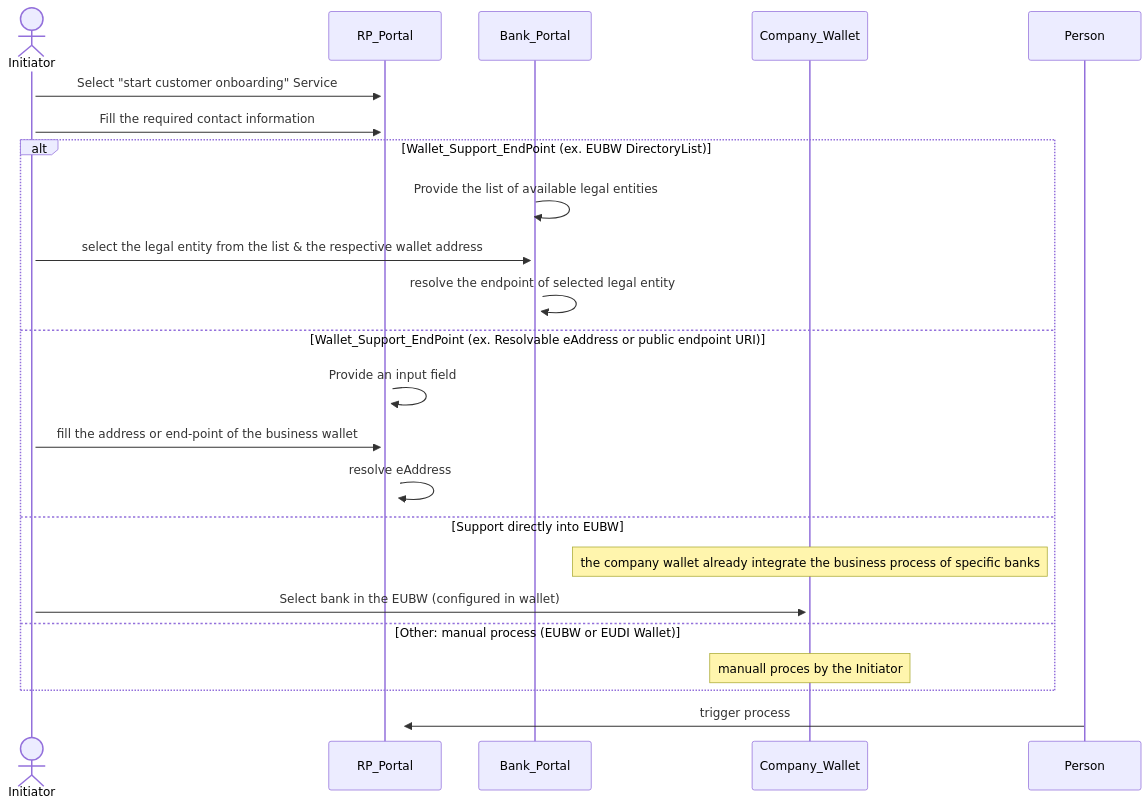
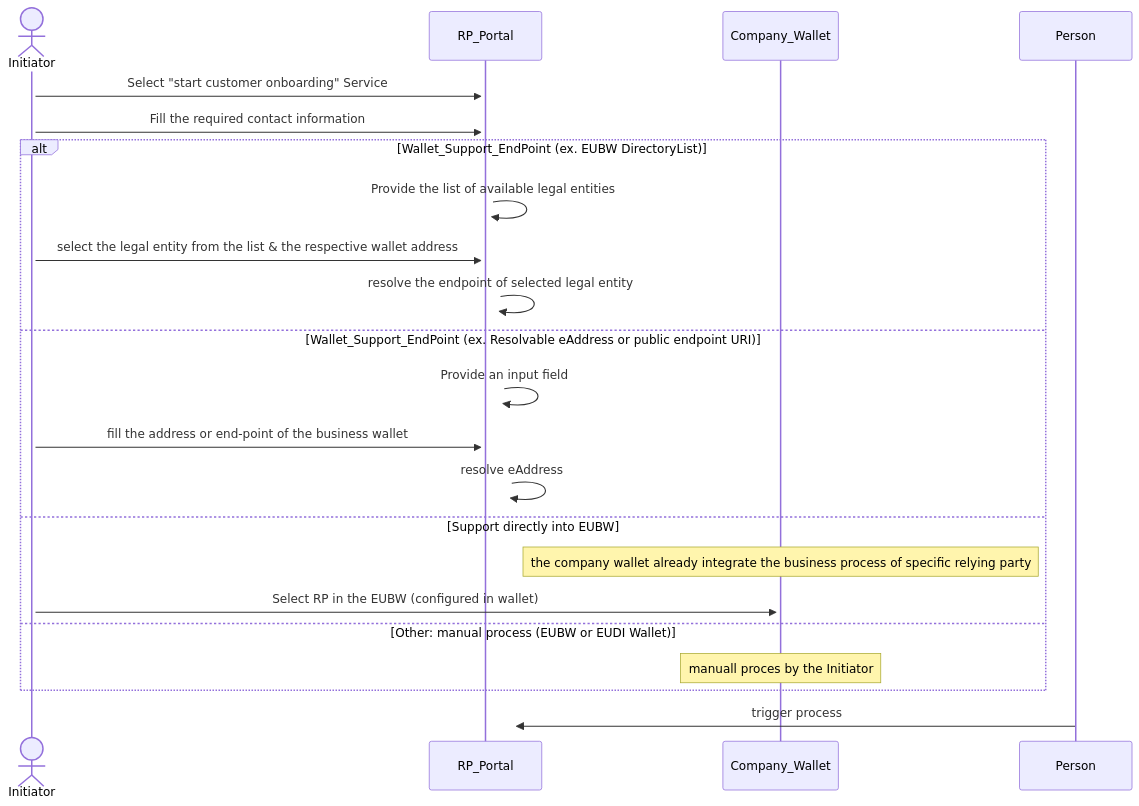
Before and after one commit to DominicHurni/wp3-technology-standards: the second of 7 diagrams in BU1/BU1_KYC.md, drawn with Mermaid. The commit also changed other lines of this file and 1 other file, not shown here.

````diff
--- a/BU1/BU1_KYC.md
+++ b/BU1/BU1_KYC.md
@@ -51,22 +51,22 @@
 ```mermaid
 sequenceDiagram
     actor Initiator
     activate Initiator
     Initiator->>+RP_Portal: Select "start customer onboarding" Service
     Initiator->>+RP_Portal: Fill the required contact information 
     alt Wallet_Support_EndPoint (ex. EUBW DirectoryList)
-        Bank_Portal->>+Bank_Portal : Provide the list of available legal entities
-        Initiator->>+Bank_Portal: select the legal entity from the list & the respective wallet address
-        Bank_Portal->>+Bank_Portal: resolve the endpoint of selected legal entity
+        RP_Portal->>+RP_Portal : Provide the list of available legal entities
+        Initiator->>+RP_Portal: select the legal entity from the list & the respective wallet address
+        RP_Portal->>+RP_Portal: resolve the endpoint of selected legal entity
     else Wallet_Support_EndPoint (ex. Resolvable eAddress or public endpoint URI)
         RP_Portal->>+RP_Portal : Provide an input field
         Initiator->>+RP_Portal: fill the address or end-point of the business wallet
         RP_Portal->>+RP_Portal: resolve eAddress
     else Support directly into EUBW  
-        Note over Company_Wallet: the company wallet already integrate the business process of specific banks
-        Initiator->>+Company_Wallet: Select bank in the EUBW (configured in wallet)
+        Note over Company_Wallet: the company wallet already integrate the business process of specific relying party
+        Initiator->>+Company_Wallet: Select RP in the EUBW (configured in wallet)
     else Other: manual process (EUBW or EUDI Wallet)
         Note over Company_Wallet: manuall proces by the Initiator
     end
     Person->>+RP_Portal: trigger process
 ```
````
